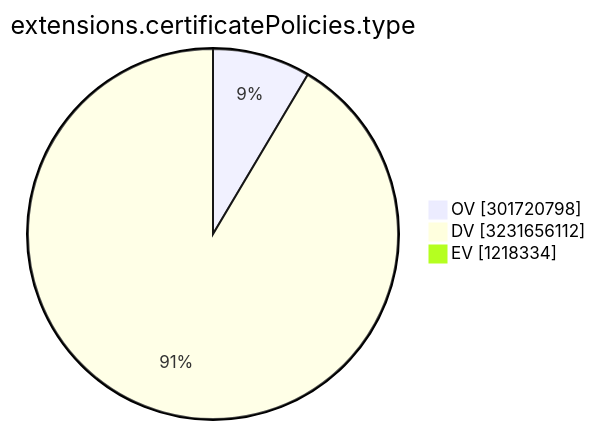
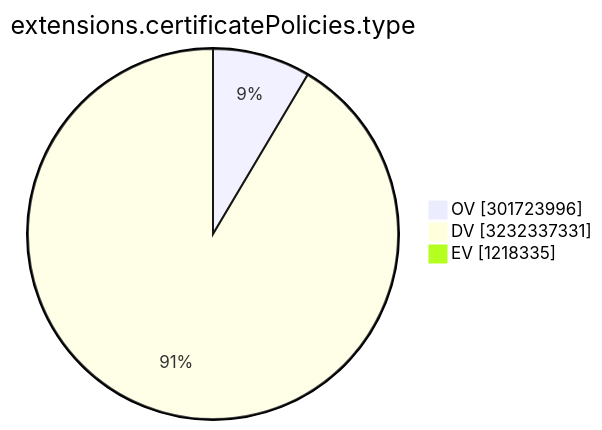
Before and after one commit to christiankrug/ctmonitor_visualization: the ninth of 15 diagrams in TOTAL/README.md, drawn with Mermaid. The commit also changed other lines of this file, not shown here.

````diff
--- a/TOTAL/README.md
+++ b/TOTAL/README.md
@@ -3107,7 +3107,7 @@
 ```mermaid
 pie showData
 title extensions.certificatePolicies.type
-"OV" :301720798
-"DV" :3231656112
-"EV" :1218334
+"OV" :301723996
+"DV" :3232337331
+"EV" :1218335
 ```
````
